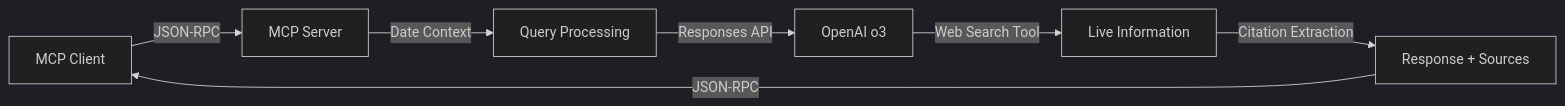
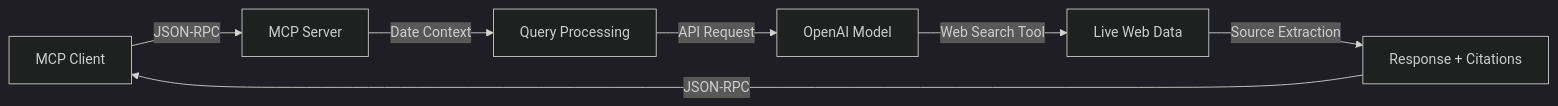
One commit to jaysm03/openai-websearch-mcp changed the diagram in README.md. Above: the diagram before and after it, drawn with Mermaid (dark theme). The commit also changed other lines of this file, not shown here.

````diff
--- a/README.md
+++ b/README.md
@@ -36,9 +36,9 @@
 ```mermaid
 graph LR
     A[MCP Client] -->|JSON-RPC| B[MCP Server]
     B -->|Date Context| C[Query Processing]
-    C -->|Responses API| D[OpenAI o3]
-    D -->|Web Search Tool| E[Live Information]
-    E -->|Citation Extraction| F[Response + Sources]
+    C -->|API Request| D[OpenAI Model]
+    D -->|Web Search Tool| E[Live Web Data]
+    E -->|Source Extraction| F[Response + Citations]
     F -->|JSON-RPC| A
 ```
````
